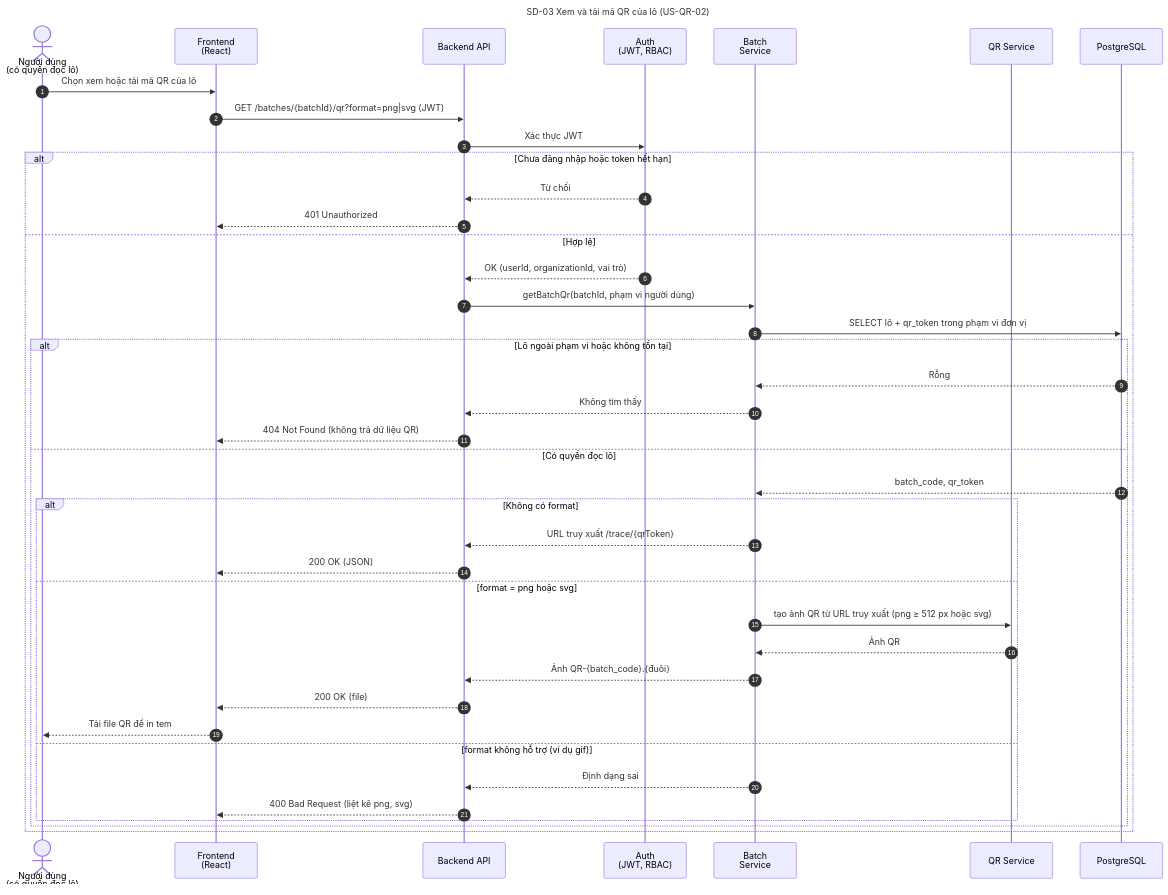
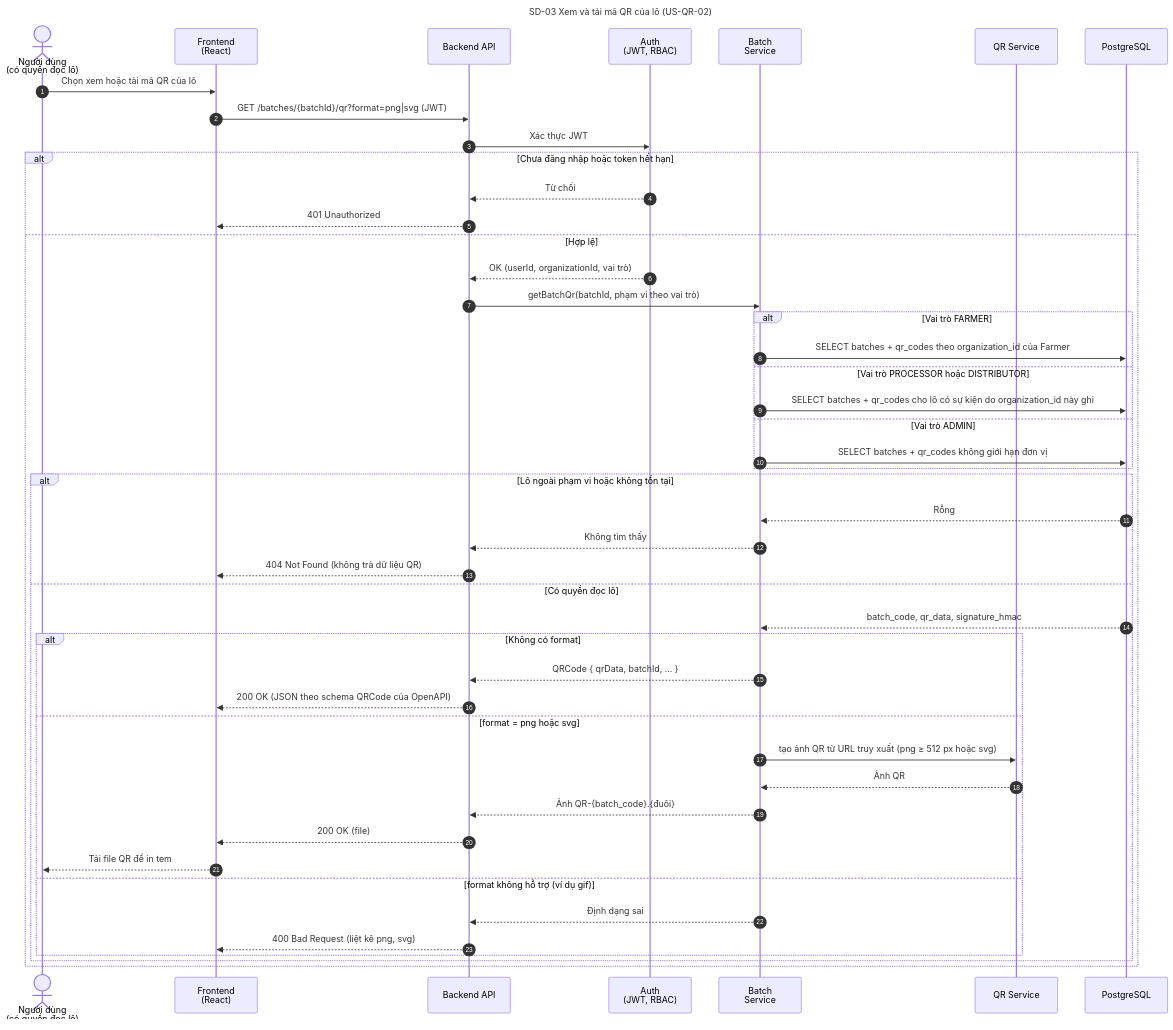
The diagram in docs/UML/sequence/SD-03-xem-tai-qr.mmd (hbao06/food-supply-chain-traceability-portal), drawn with Mermaid before and after one commit. The commit also changed 5 other files, not shown here.

Commit message:
docs(test): address W3-TV4 sequence and test plan review

```diff
--- a/docs/UML/sequence/SD-03-xem-tai-qr.mmd
+++ b/docs/UML/sequence/SD-03-xem-tai-qr.mmd
@@ -1,44 +1,50 @@
 ---
 title: SD-03 Xem và tải mã QR của lô (US-QR-02)
 ---
 sequenceDiagram
     autonumber
     actor U as Người dùng<br/>(có quyền đọc lô)
     participant FE as Frontend<br/>(React)
     participant API as Backend API
     participant AU as Auth<br/>(JWT, RBAC)
     participant SV as Batch<br/>Service
     participant QR as QR Service
     participant DB as PostgreSQL
 
     U->>FE: Chọn xem hoặc tải mã QR của lô
     FE->>API: GET /batches/{batchId}/qr?format=png|svg (JWT)
     API->>AU: Xác thực JWT
     alt Chưa đăng nhập hoặc token hết hạn
         AU-->>API: Từ chối
         API-->>FE: 401 Unauthorized
     else Hợp lệ
         AU-->>API: OK (userId, organizationId, vai trò)
-        API->>SV: getBatchQr(batchId, phạm vi người dùng)
-        SV->>DB: SELECT lô + qr_token trong phạm vi đơn vị
+        API->>SV: getBatchQr(batchId, phạm vi theo vai trò)
+        alt Vai trò FARMER
+            SV->>DB: SELECT batches + qr_codes theo organization_id của Farmer
+        else Vai trò PROCESSOR hoặc DISTRIBUTOR
+            SV->>DB: SELECT batches + qr_codes cho lô có sự kiện do organization_id này ghi
+        else Vai trò ADMIN
+            SV->>DB: SELECT batches + qr_codes không giới hạn đơn vị
+        end
         alt Lô ngoài phạm vi hoặc không tồn tại
             DB-->>SV: Rỗng
             SV-->>API: Không tìm thấy
             API-->>FE: 404 Not Found (không trả dữ liệu QR)
         else Có quyền đọc lô
-            DB-->>SV: batch_code, qr_token
+            DB-->>SV: batch_code, qr_data, signature_hmac
             alt Không có format
-                SV-->>API: URL truy xuất /trace/{qrToken}
-                API-->>FE: 200 OK (JSON)
+                SV-->>API: QRCode { qrData, batchId, ... }
+                API-->>FE: 200 OK (JSON theo schema QRCode của OpenAPI)
             else format = png hoặc svg
                 SV->>QR: tạo ảnh QR từ URL truy xuất (png ≥ 512 px hoặc svg)
                 QR-->>SV: Ảnh QR
                 SV-->>API: Ảnh QR-{batch_code}.{đuôi}
                 API-->>FE: 200 OK (file)
                 FE-->>U: Tải file QR để in tem
             else format không hỗ trợ (ví dụ gif)
                 SV-->>API: Định dạng sai
                 API-->>FE: 400 Bad Request (liệt kê png, svg)
             end
         end
     end
```
